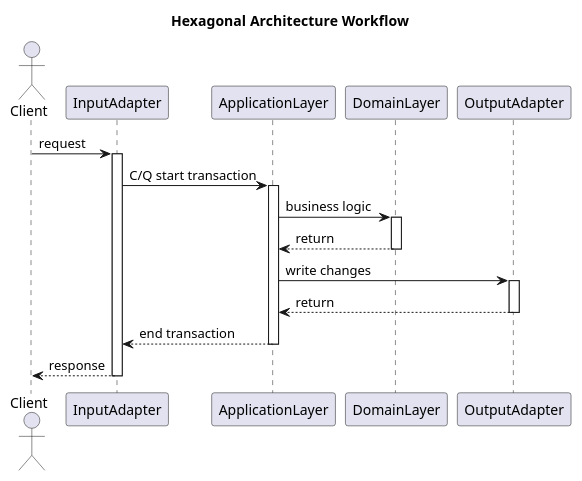
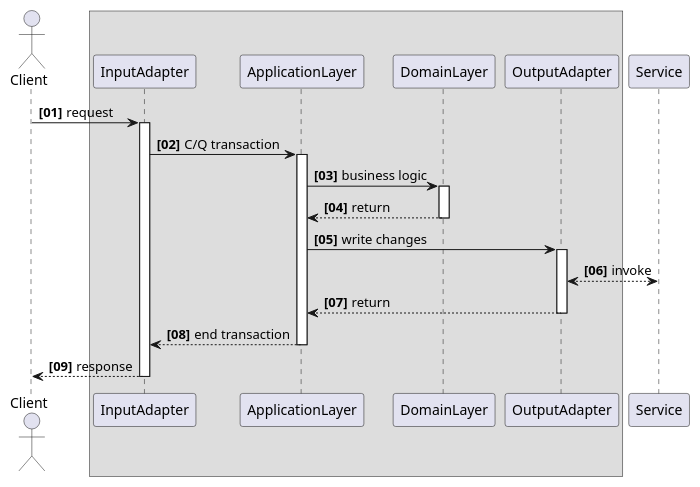
Before and after one commit to hziee514/Hexagonal-Architecture-Sample: the diagram in Hexagonal Architecture Workflow.puml, drawn with PlantUML. The commit also changed 1 other file, not shown here.

```diff
--- a/Hexagonal Architecture Workflow.puml
+++ b/Hexagonal Architecture Workflow.puml
@@ -1,33 +1,39 @@
 @startuml Hexagonal Architecture Workflow
 
-title Hexagonal Architecture Workflow
+autonumber "<b>[00]"
 
 actor Client
+box
 participant InputAdapter
 participant ApplicationLayer
 participant DomainLayer
 participant OutputAdapter
+end box
+participant Service
 
 Client -> InputAdapter : request
 activate InputAdapter
 
-InputAdapter -> ApplicationLayer : C/Q start transaction
+InputAdapter -> ApplicationLayer : C/Q transaction
 activate ApplicationLayer
 
 ApplicationLayer -> DomainLayer : business logic
 activate DomainLayer
 DomainLayer --> ApplicationLayer : return
 deactivate DomainLayer
 
 ApplicationLayer -> OutputAdapter : write changes
 activate OutputAdapter
+
+OutputAdapter <--> Service : invoke
+
 OutputAdapter --> ApplicationLayer : return
 deactivate OutputAdapter
 
 ApplicationLayer --> InputAdapter : end transaction
 deactivate ApplicationLayer
 
 InputAdapter --> Client : response
 deactivate InputAdapter
 
 @enduml
```
